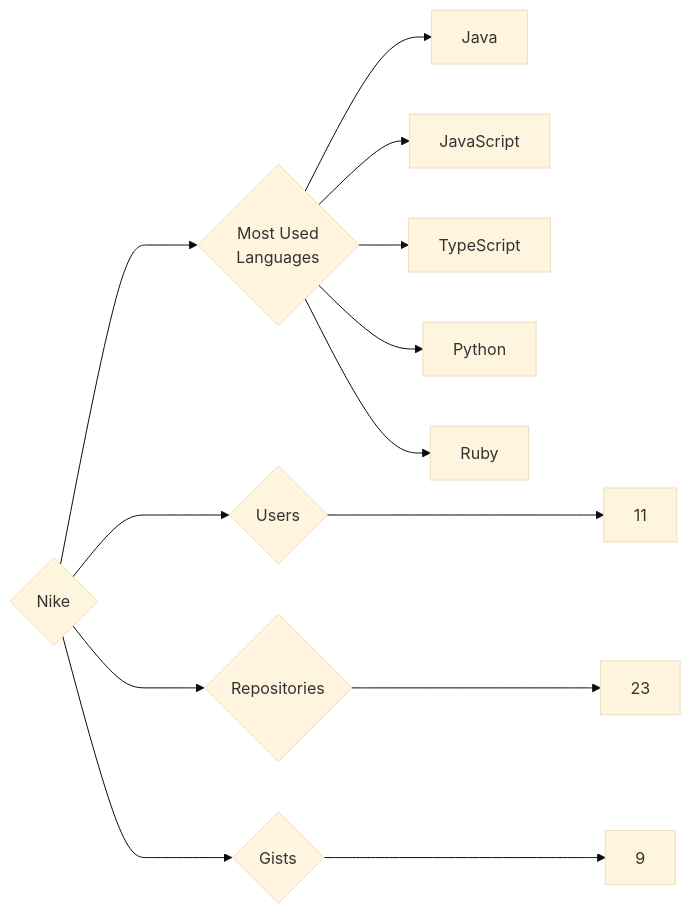
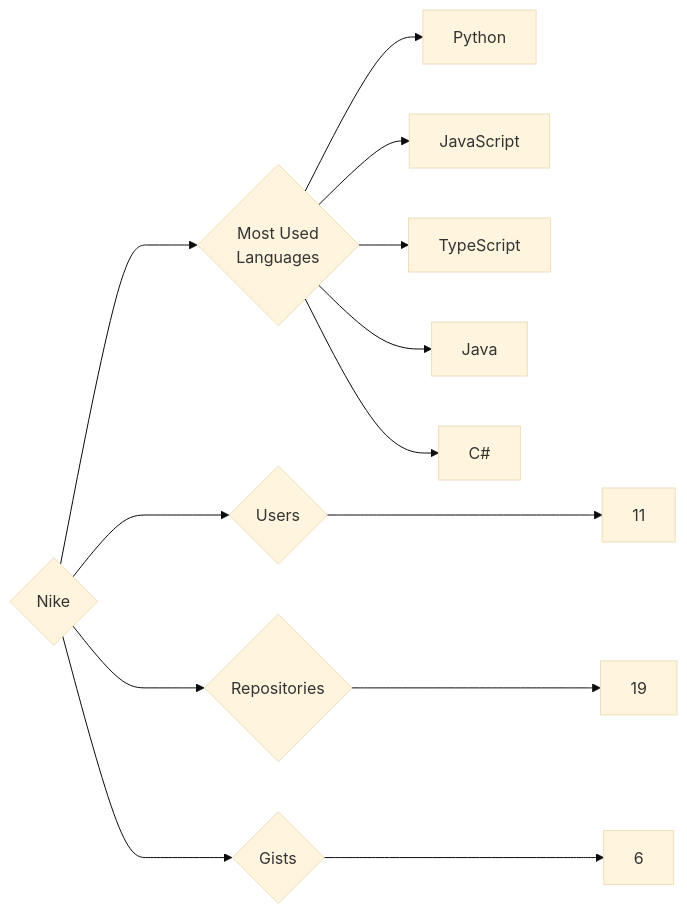
The diagram in targets/Nike/README.md (trickest/insiders), drawn with Mermaid (base theme) before and after one commit. The commit also changed 878 other files, not shown here.

````diff
--- a/targets/Nike/README.md
+++ b/targets/Nike/README.md
@@ -3,13 +3,13 @@
 ```mermaid
 graph LR
 COMPANY_NAME{Nike}
 COMPANY_NAME ---> U{Users} ---> UN[11]
-COMPANY_NAME ---> R{Repositories} ---> RN[23]
-COMPANY_NAME ---> G{Gists} ---> GN[9]
+COMPANY_NAME ---> R{Repositories} ---> RN[19]
+COMPANY_NAME ---> G{Gists} ---> GN[6]
 COMPANY_NAME ---> ML{Most Used<br>Languages}
-ML --> Java[Java]
+ML --> Python[Python]
 ML --> JavaScript[JavaScript]
 ML --> TypeScript[TypeScript]
-ML --> Python[Python]
-ML --> Ruby[Ruby]
+ML --> Java[Java]
+ML --> C#[C#]
 ```
````
